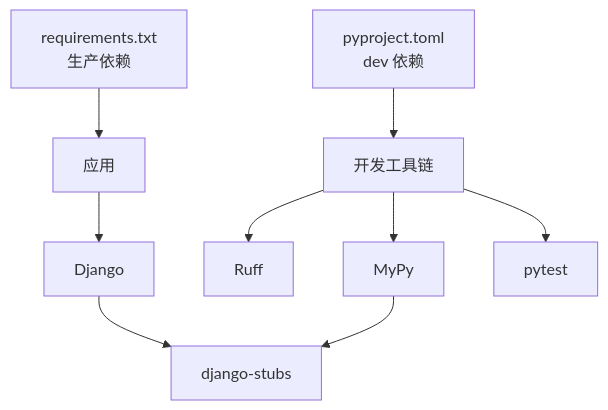
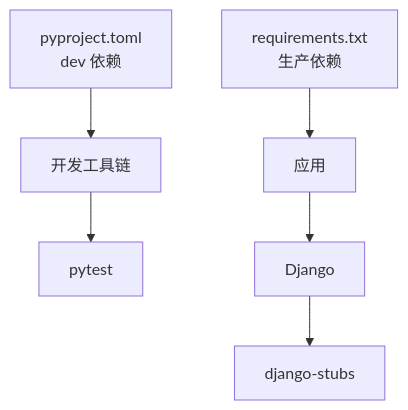
One commit to taoweidong/Hello-Django-Ninja-Api changed the eighth of 8 diagrams in .qoder/repowiki/zh/content/开发工具和脚本.md. Above: the diagram before and after it, drawn with Mermaid. The commit also changed other lines of this file and 96 other files, not shown here.

````diff
--- a/.qoder/repowiki/zh/content/开发工具和脚本.md
+++ b/.qoder/repowiki/zh/content/开发工具和脚本.md
@@ -427,11 +344,8 @@
 ```mermaid
 graph TB
 REQ["requirements.txt<br/>生产依赖"] --> APP["应用"]
 DEV["pyproject.toml<br/>dev 依赖"] --> TOOL["开发工具链"]
-TOOL --> RUFF["Ruff"]
-TOOL --> MYPY["MyPy"]
 TOOL --> PYTEST["pytest"]
 APP --> DJ["Django"]
 DJ --> STUBS["django-stubs"]
-MYPY --> STUBS
 ```
````
